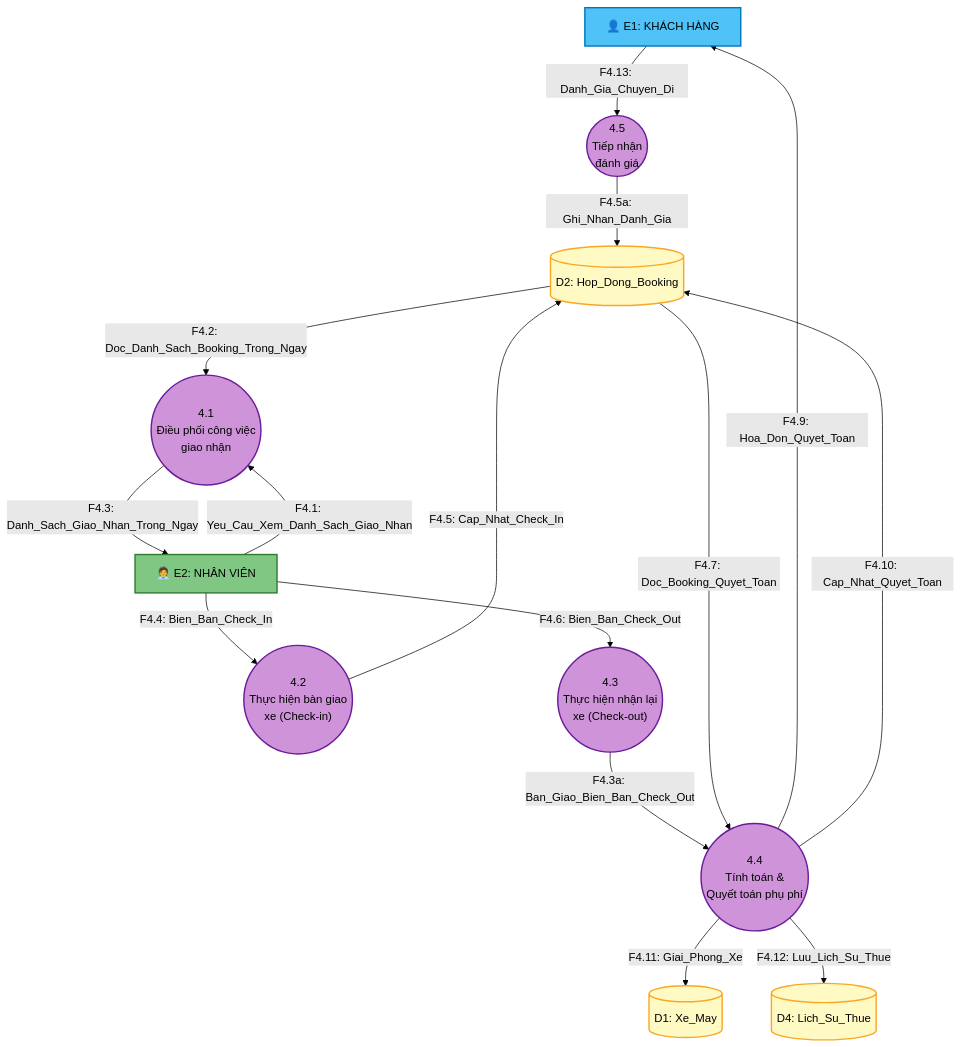
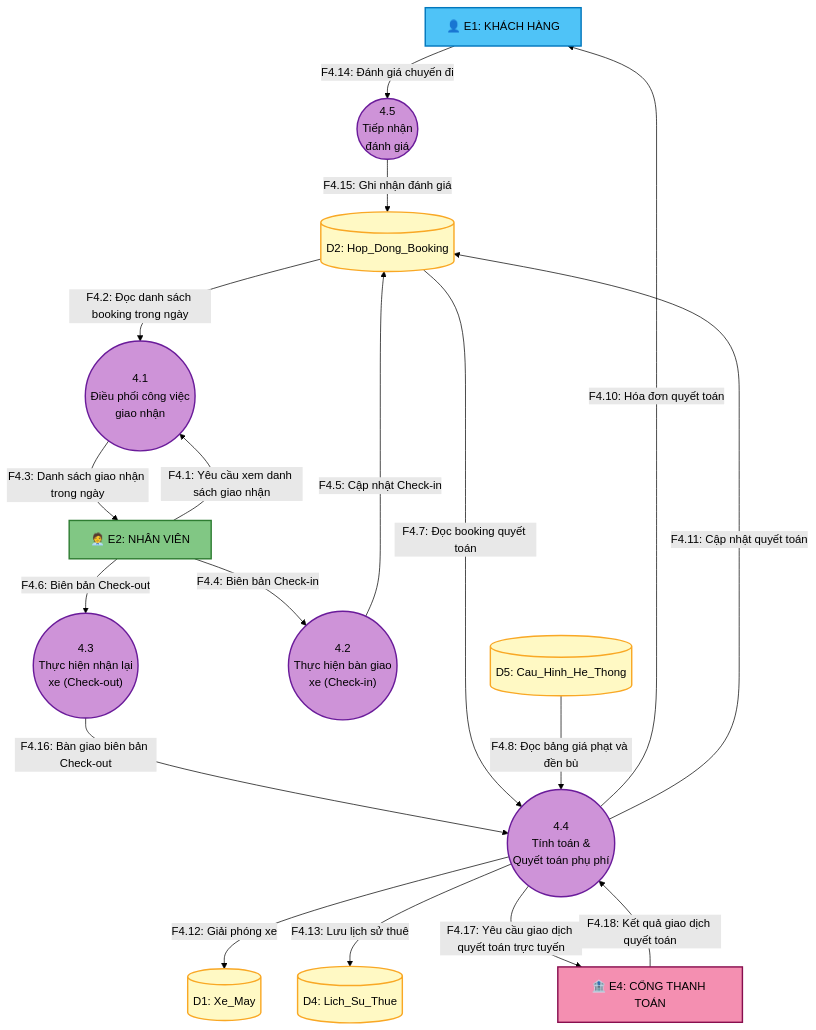
Before and after one commit to Vqd2k6/SAD-UTH: the sixth of 8 diagrams in docs/dfd-diagrams.md, drawn with Mermaid (forest theme). The commit also changed other lines of this file and 2 other files, not shown here.

Commit message:
docs: generalize context DFD, separate admin P6.0, fix payment & early return flows

````diff
--- a/docs/dfd-diagrams.md
+++ b/docs/dfd-diagrams.md
@@ -478,50 +536,57 @@
 ```mermaid
 graph TB
     %% === ACTORS ===
     E1["👤 E1: KHÁCH HÀNG"]
     E2["🧑‍💼 E2: NHÂN VIÊN"]
+    E4["🏦 E4: CỔNG THANH TOÁN"]
 
     %% === DATA STORES ===
     D1[("D1: Xe_May")]
     D2[("D2: Hop_Dong_Booking")]
     D4[("D4: Lich_Su_Thue")]
+    D5[("D5: Cau_Hinh_He_Thong")]
 
     %% === SUB-PROCESSES ===
     P41(("4.1\nĐiều phối công việc\ngiao nhận"))
     P42(("4.2\nThực hiện bàn giao\nxe (Check-in)"))
     P43(("4.3\nThực hiện nhận lại\nxe (Check-out)"))
     P44(("4.4\nTính toán &\nQuyết toán phụ phí"))
     P45(("4.5\nTiếp nhận\nđánh giá"))
 
     %% === FLOWS ===
-    E2 -->|"F4.1: Yeu_Cau_Xem_Danh_Sach_Giao_Nhan"| P41
-    D2 -->|"F4.2: Doc_Danh_Sach_Booking_Trong_Ngay"| P41
-    P41 -->|"F4.3: Danh_Sach_Giao_Nhan_Trong_Ngay"| E2
+    E2 -->|"F4.1: Yêu cầu xem danh sách giao nhận"| P41
+    D2 -->|"F4.2: Đọc danh sách booking trong ngày"| P41
+    P41 -->|"F4.3: Danh sách giao nhận trong ngày"| E2
 
-    E2 -->|"F4.4: Bien_Ban_Check_In"| P42
-    P42 -->|"F4.5: Cap_Nhat_Check_In"| D2
+    E2 -->|"F4.4: Biên bản Check-in"| P42
+    P42 -->|"F4.5: Cập nhật Check-in"| D2
 
-    E2 -->|"F4.6: Bien_Ban_Check_Out"| P43
-    P43 -->|"F4.3a: Ban_Giao_Bien_Ban_Check_Out"| P44
+    E2 -->|"F4.6: Biên bản Check-out"| P43
+    P43 -->|"F4.16: Bàn giao biên bản Check-out"| P44
 
-    D2 -->|"F4.7: Doc_Booking_Quyet_Toan"| P44
-    P44 -->|"F4.9: Hoa_Don_Quyet_Toan"| E1
-    P44 -->|"F4.10: Cap_Nhat_Quyet_Toan"| D2
-    P44 -->|"F4.11: Giai_Phong_Xe"| D1
-    P44 -->|"F4.12: Luu_Lich_Su_Thue"| D4
+    D2 -->|"F4.7: Đọc booking quyết toán"| P44
+    D5 -->|"F4.8: Đọc bảng giá phạt và đền bù"| P44
+    P44 -->|"F4.10: Hóa đơn quyết toán"| E1
+    P44 -->|"F4.11: Cập nhật quyết toán"| D2
+    P44 -->|"F4.12: Giải phóng xe"| D1
+    P44 -->|"F4.13: Lưu lịch sử thuê"| D4
+    P44 -->|"F4.17: Yêu cầu giao dịch quyết toán trực tuyến"| E4
+    E4 -->|"F4.18: Kết quả giao dịch quyết toán"| P44
 
-    E1 -->|"F4.13: Danh_Gia_Chuyen_Di"| P45
-    P45 -->|"F4.5a: Ghi_Nhan_Danh_Gia"| D2
+    E1 -->|"F4.14: Đánh giá chuyến đi"| P45
+    P45 -->|"F4.15: Ghi nhận đánh giá"| D2
 
     %% === STYLES ===
     style E1 fill:#4FC3F7,stroke:#0277BD,color:#000,stroke-width:2px
     style E2 fill:#81C784,stroke:#2E7D32,color:#000,stroke-width:2px
+    style E4 fill:#F48FB1,stroke:#880E4F,color:#000,stroke-width:2px
     style P41 fill:#CE93D8,stroke:#6A1B9A,color:#000,stroke-width:2px
     style P42 fill:#CE93D8,stroke:#6A1B9A,color:#000,stroke-width:2px
     style P43 fill:#CE93D8,stroke:#6A1B9A,color:#000,stroke-width:2px
     style P44 fill:#CE93D8,stroke:#6A1B9A,color:#000,stroke-width:2px
     style P45 fill:#CE93D8,stroke:#6A1B9A,color:#000,stroke-width:2px
     style D1 fill:#FFF9C4,stroke:#F9A825,color:#000,stroke-width:2px
     style D2 fill:#FFF9C4,stroke:#F9A825,color:#000,stroke-width:2px
     style D4 fill:#FFF9C4,stroke:#F9A825,color:#000,stroke-width:2px
+    style D5 fill:#FFF9C4,stroke:#F9A825,color:#000,stroke-width:2px
 ```
````
